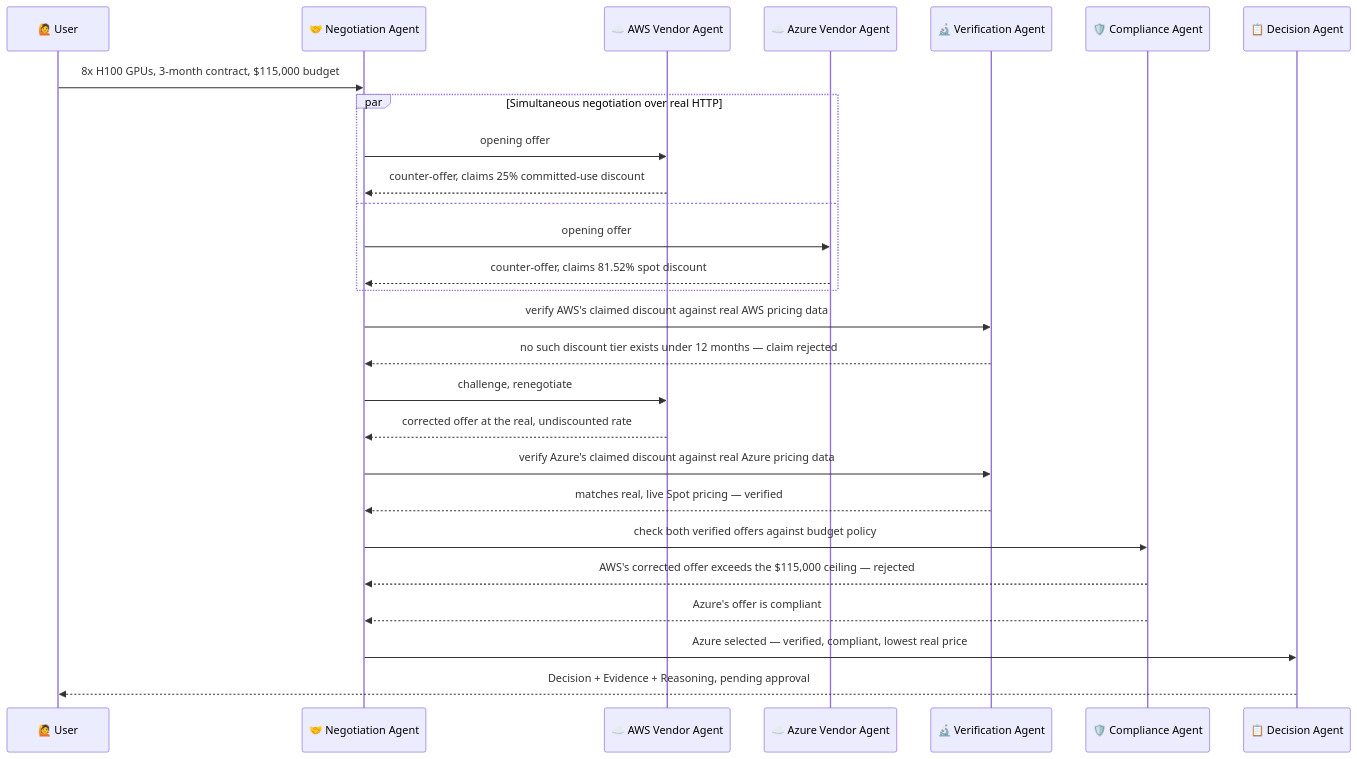
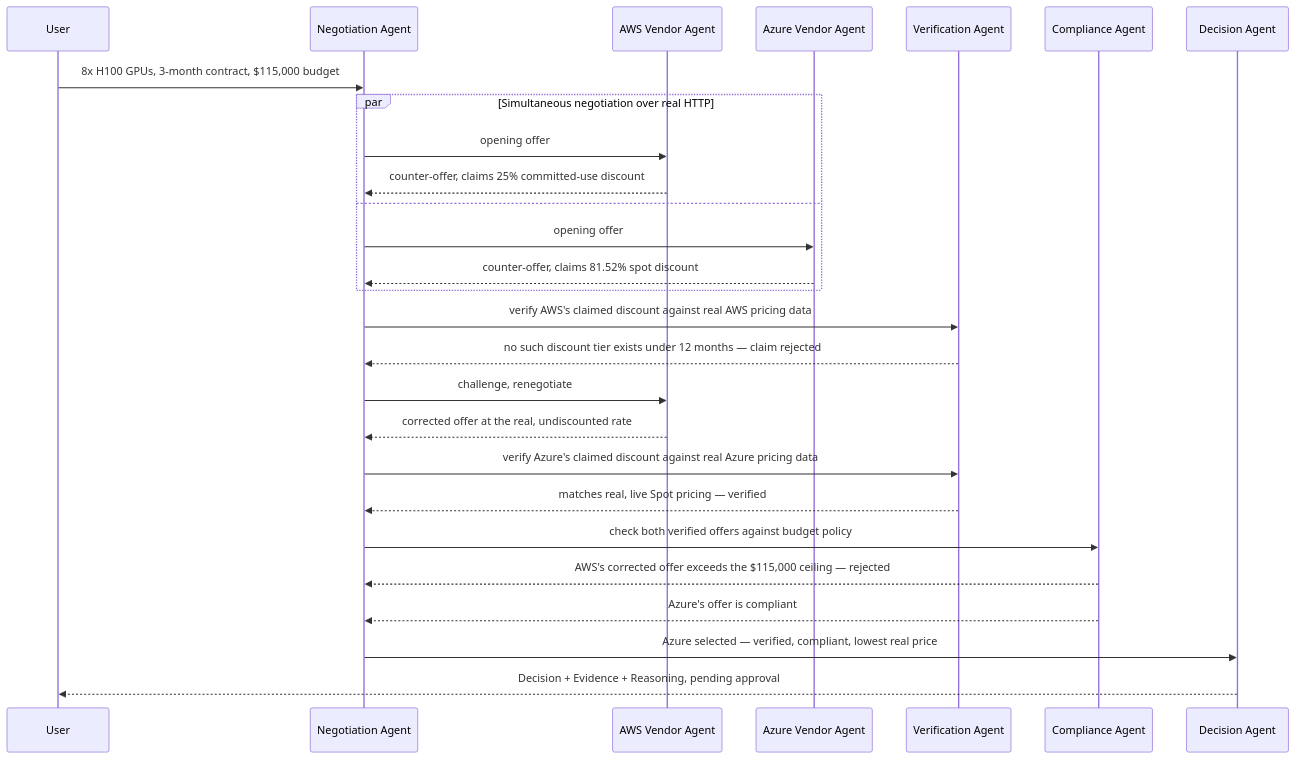
Before and after one commit to maha-rk/pact: the fifth of 6 diagrams in README.md, drawn with Mermaid. The commit also changed other lines of this file, not shown here.

````diff
--- a/README.md
+++ b/README.md
@@ -351,35 +331,35 @@
 ```mermaid
 sequenceDiagram
-    participant U as 🙋 User
-    participant N as 🤝 Negotiation Agent
-    participant AWS as ☁️ AWS Vendor Agent
-    participant AZ as ☁️ Azure Vendor Agent
-    participant V as 🔬 Verification Agent
-    participant C as 🛡️ Compliance Agent
-    participant D as 📋 Decision Agent
+    participant U as User
+    participant N as Negotiation Agent
+    participant AWS as AWS Vendor Agent
+    participant AZ as Azure Vendor Agent
+    participant V as Verification Agent
+    participant C as Compliance Agent
+    participant D as Decision Agent
 
     U->>N: 8x H100 GPUs, 3-month contract, $115,000 budget
 
     par Simultaneous negotiation over real HTTP
         N->>AWS: opening offer
         AWS-->>N: counter-offer, claims 25% committed-use discount
     and
         N->>AZ: opening offer
         AZ-->>N: counter-offer, claims 81.52% spot discount
     end
 
     N->>V: verify AWS's claimed discount against real AWS pricing data
     V-->>N: no such discount tier exists under 12 months — claim rejected
     N->>AWS: challenge, renegotiate
     AWS-->>N: corrected offer at the real, undiscounted rate
 
     N->>V: verify Azure's claimed discount against real Azure pricing data
     V-->>N: matches real, live Spot pricing — verified
 
     N->>C: check both verified offers against budget policy
     C-->>N: AWS's corrected offer exceeds the $115,000 ceiling — rejected
     C-->>N: Azure's offer is compliant
 
     N->>D: Azure selected — verified, compliant, lowest real price
     D-->>U: Decision + Evidence + Reasoning, pending approval
 ```
````
